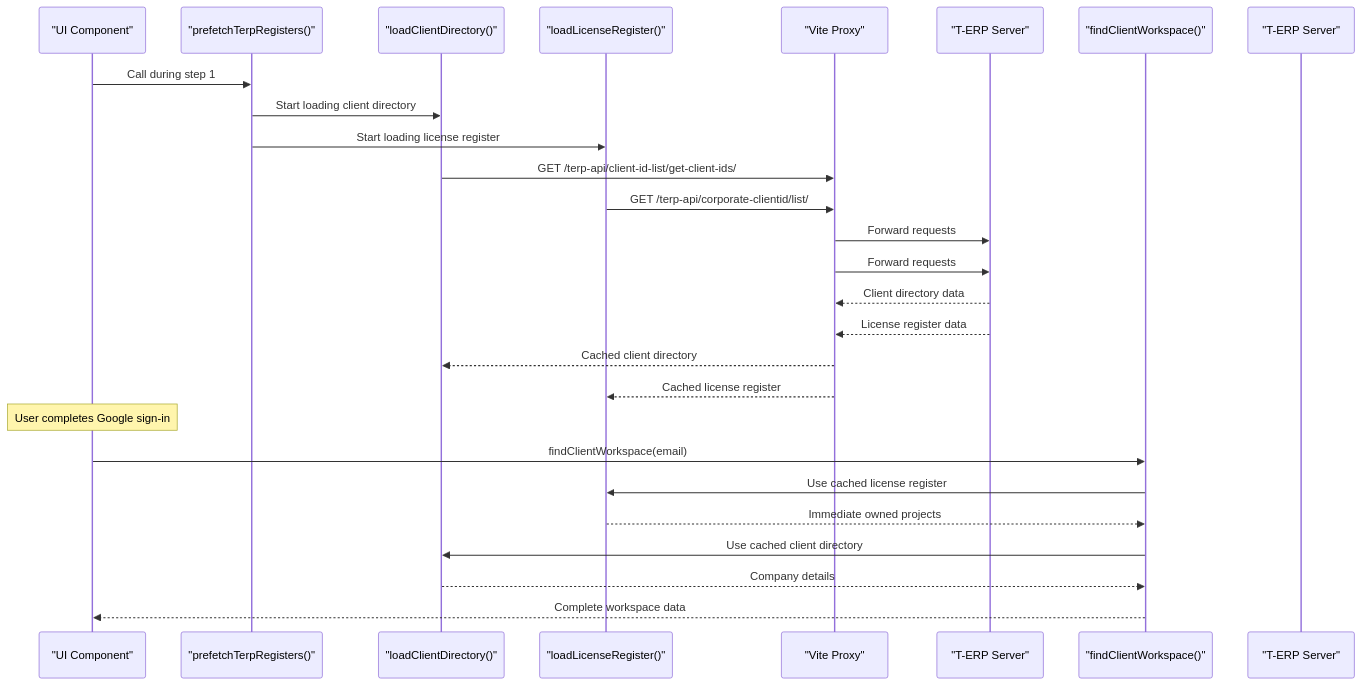
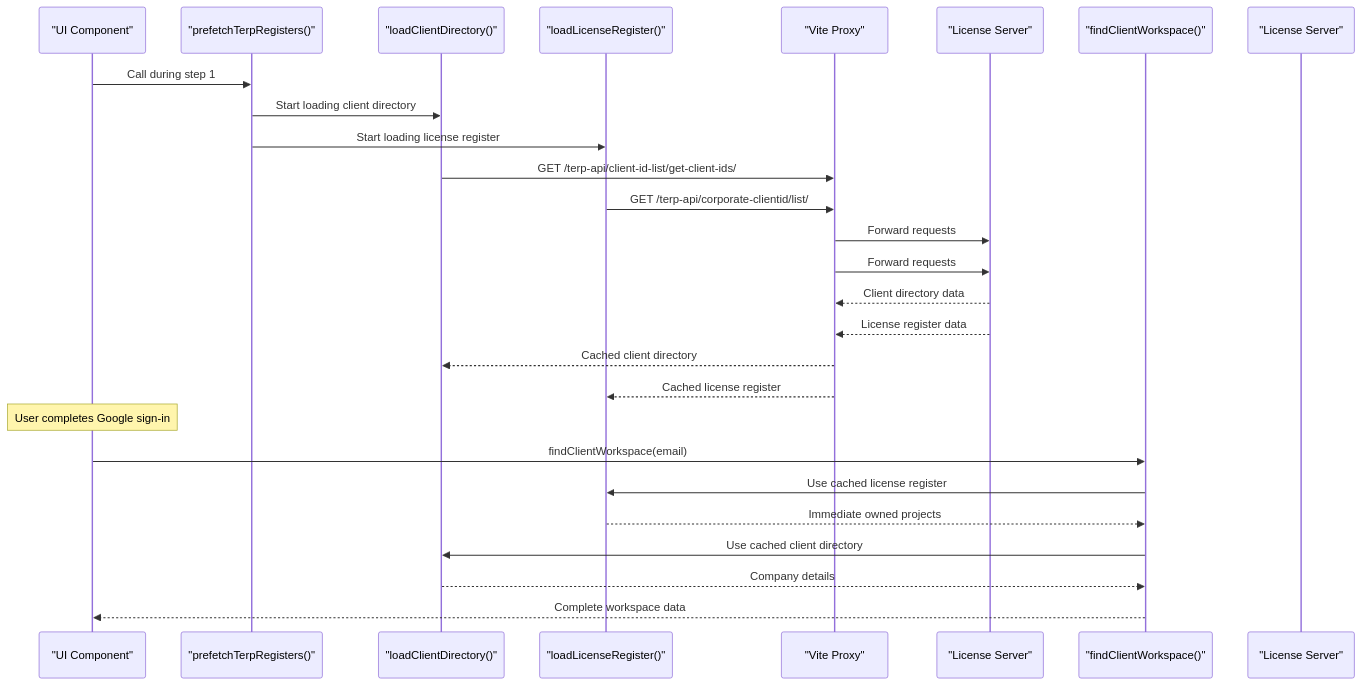
The second of 13 diagrams in .qoder/repowiki/en/content/Application Architecture/API Integration Patterns.md (imcbsglobal/TRELLISCO_ERP_FRONTEND), drawn with Mermaid before and after one commit. The commit also changed other lines of this file and 11 other files, not shown here.

````diff
--- a/.qoder/repowiki/en/content/Application Architecture/API Integration Patterns.md
+++ b/.qoder/repowiki/en/content/Application Architecture/API Integration Patterns.md
@@ -171,29 +171,29 @@
 ```mermaid
 sequenceDiagram
 participant UI as "UI Component"
 participant Prefetch as "prefetchTerpRegisters()"
 participant ClientDir as "loadClientDirectory()"
 participant LicenseReg as "loadLicenseRegister()"
 participant Proxy as "Vite Proxy"
-participant TERPServer as "T-ERP Server"
+participant TERPServer as "License Server"
 participant LicenseSvc as "findClientWorkspace()"
-participant TERPServer2 as "T-ERP Server"
+participant TERPServer2 as "License Server"
 UI->>Prefetch : Call during step 1
 Prefetch->>ClientDir : Start loading client directory
 Prefetch->>LicenseReg : Start loading license register
 ClientDir->>Proxy : GET /terp-api/client-id-list/get-client-ids/
 LicenseReg->>Proxy : GET /terp-api/corporate-clientid/list/
 Proxy->>TERPServer : Forward requests
 Proxy->>TERPServer : Forward requests
 TERPServer-->>Proxy : Client directory data
 TERPServer-->>Proxy : License register data
 Proxy-->>ClientDir : Cached client directory
 Proxy-->>LicenseReg : Cached license register
 Note over UI : User completes Google sign-in
 UI->>LicenseSvc : findClientWorkspace(email)
 LicenseSvc->>LicenseReg : Use cached license register
 LicenseReg-->>LicenseSvc : Immediate owned projects
 LicenseSvc->>ClientDir : Use cached client directory
 ClientDir-->>LicenseSvc : Company details
 LicenseSvc-->>UI : Complete workspace data
 ```
````
